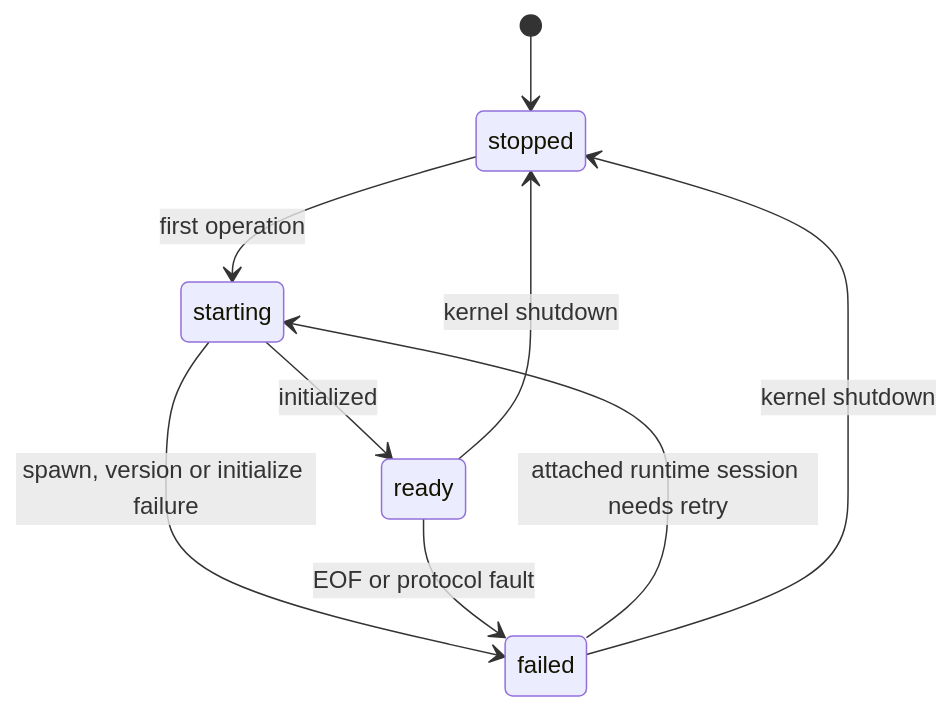
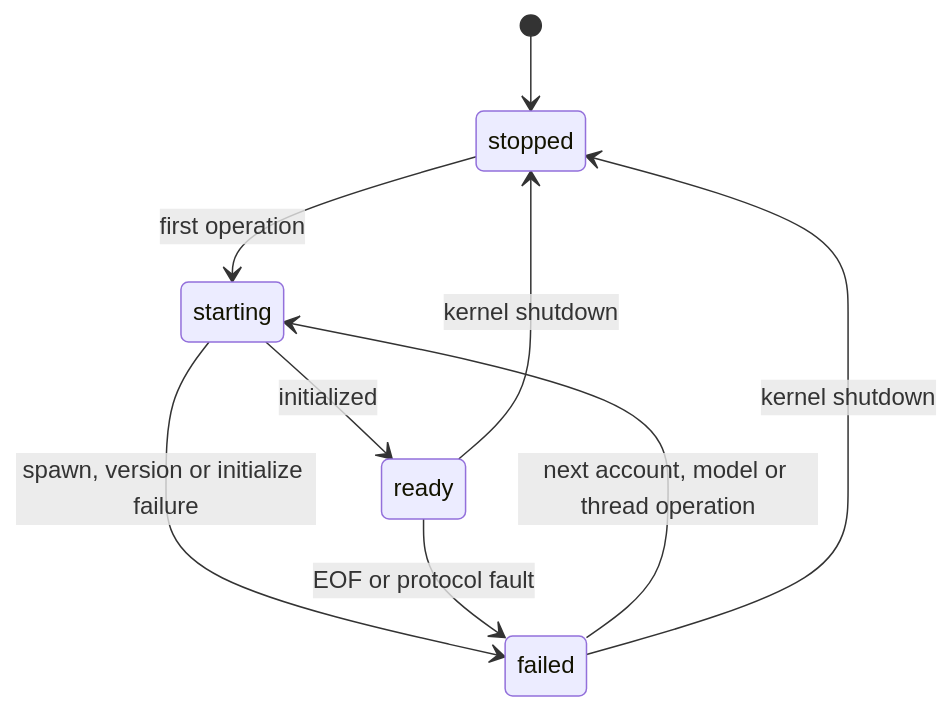
Before and after one commit to guygrigsby/rudy: the fourth of 11 diagrams in docs/specs/rudy-domain-model.md, drawn with Mermaid. The commit also changed other lines of this file and 13 other files, not shown here.

````diff
--- a/docs/specs/rudy-domain-model.md
+++ b/docs/specs/rudy-domain-model.md
@@ -772,11 +773,11 @@
 ```mermaid
 stateDiagram-v2
     [*] --> stopped
     stopped --> starting: first operation
     starting --> ready: initialized
     starting --> failed: spawn, version or initialize failure
     ready --> failed: EOF or protocol fault
-    failed --> starting: attached runtime session needs retry
+    failed --> starting: next account, model or thread operation
     ready --> stopped: kernel shutdown
     failed --> stopped: kernel shutdown
 ```
````
